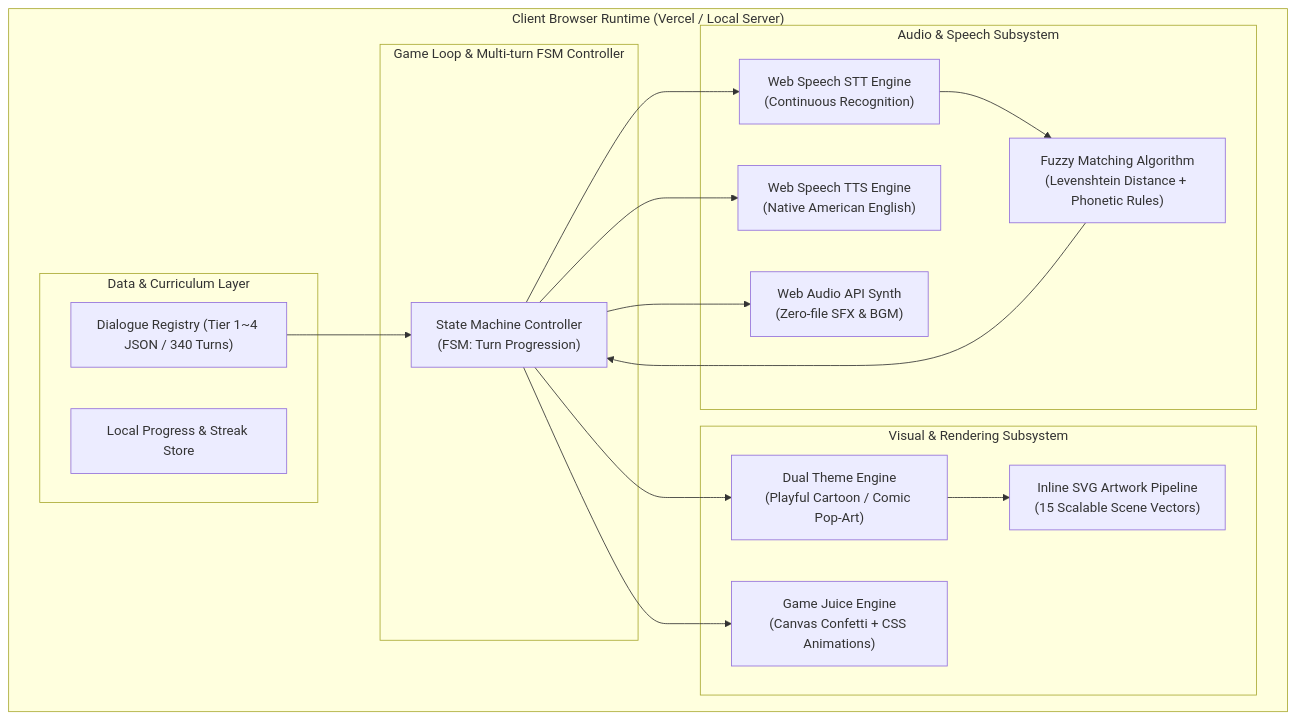
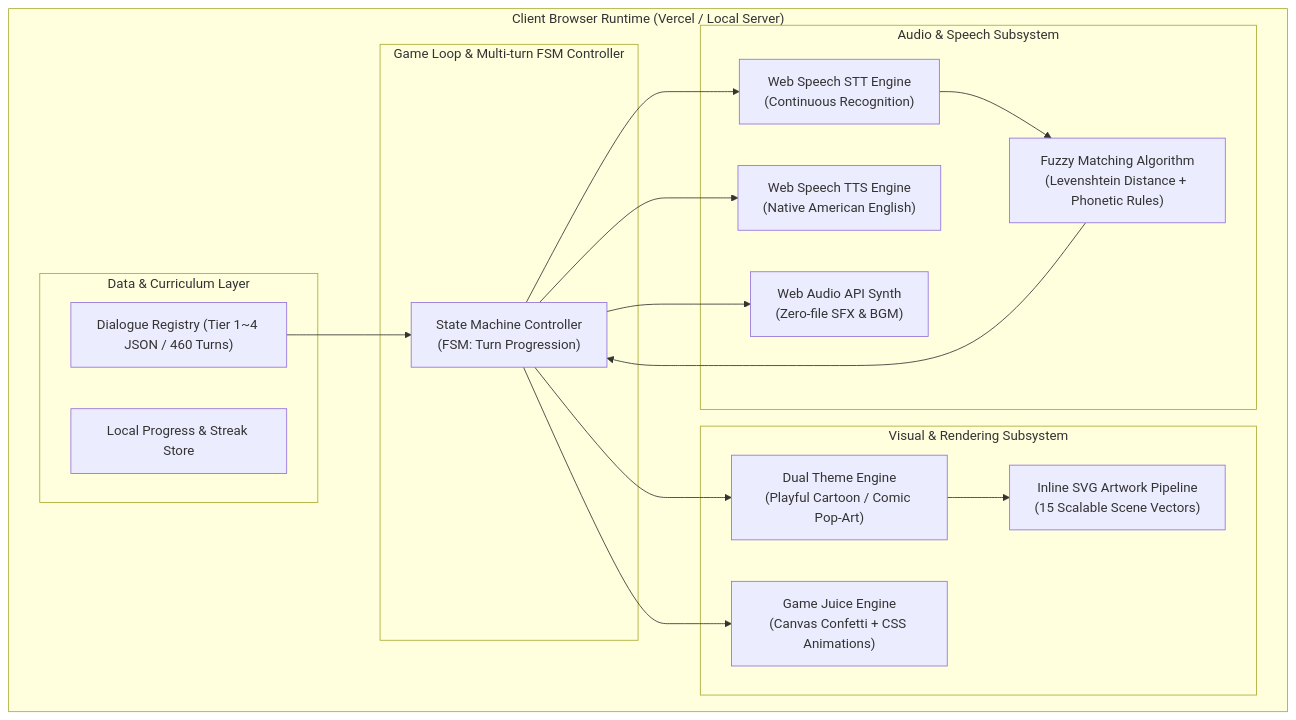
The first of 2 diagrams in DETAILED_SPECIFICATION.md (headshoulder51204/english_g_multiturn), drawn with Mermaid before and after one commit. The commit also changed other lines of this file and 8 other files, not shown here.

````diff
--- a/DETAILED_SPECIFICATION.md
+++ b/DETAILED_SPECIFICATION.md
@@ -13,36 +13,36 @@
 ```mermaid
 flowchart TD
     subgraph Client ["Client Browser Runtime (Vercel / Local Server)"]
         subgraph FSM ["Game Loop & Multi-turn FSM Controller"]
             StateMgr["State Machine Controller<br/>(FSM: Turn Progression)"]
         end
 
         subgraph AudioSubsystem ["Audio & Speech Subsystem"]
             STT["Web Speech STT Engine<br/>(Continuous Recognition)"]
             FuzzyMatch["Fuzzy Matching Algorithm<br/>(Levenshtein Distance + Phonetic Rules)"]
             TTS["Web Speech TTS Engine<br/>(Native American English)"]
             SynthAudio["Web Audio API Synth<br/>(Zero-file SFX & BGM)"]
         end
 
         subgraph RenderSubsystem ["Visual & Rendering Subsystem"]
             ThemeEngine["Dual Theme Engine<br/>(Playful Cartoon / Comic Pop-Art)"]
             SVGRenderer["Inline SVG Artwork Pipeline<br/>(15 Scalable Scene Vectors)"]
             JuiceEngine["Game Juice Engine<br/>(Canvas Confetti + CSS Animations)"]
         end
 
         subgraph DataLayer ["Data & Curriculum Layer"]
-            ScenarioData["Dialogue Registry (Tier 1~4 JSON / 340 Turns)"]
+            ScenarioData["Dialogue Registry (Tier 1~4 JSON / 460 Turns)"]
             UserProgress["Local Progress & Streak Store"]
         end
     end
 
     StateMgr --> STT
     STT --> FuzzyMatch
     FuzzyMatch --> StateMgr
     StateMgr --> TTS
     StateMgr --> SynthAudio
     StateMgr --> ThemeEngine
     ThemeEngine --> SVGRenderer
     StateMgr --> JuiceEngine
     ScenarioData --> StateMgr
 ```
````
